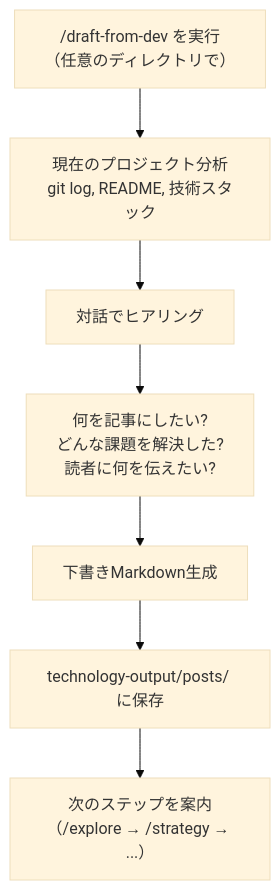
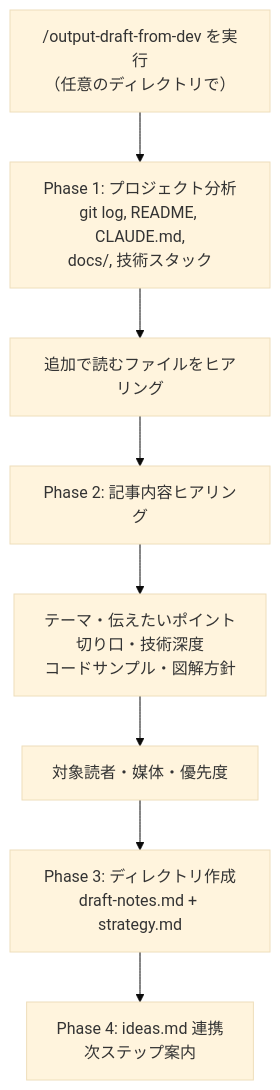
Before and after one commit to thirai-classlab/technology-output: the fifth of 7 diagrams in docs/design/07-phase2-evolution.md, drawn with Mermaid (base theme). The commit also changed other lines of this file and 30 other files, not shown here.

````diff
--- a/docs/design/07-phase2-evolution.md
+++ b/docs/design/07-phase2-evolution.md
@@ -303,10 +305,11 @@
 ```mermaid
 flowchart TD
-    A["/draft-from-dev を実行<br/>（任意のディレクトリで）"]
-    A --> B["現在のプロジェクト分析<br/>git log, README, 技術スタック"]
-    B --> C["対話でヒアリング"]
-    C --> D["何を記事にしたい?<br/>どんな課題を解決した?<br/>読者に何を伝えたい?"]
-    D --> E["下書きMarkdown生成"]
-    E --> F["technology-output/posts/ に保存"]
-    F --> G["次のステップを案内<br/>（/explore → /strategy → ...）"]
+    A["/output-draft-from-dev を実行<br/>（任意のディレクトリで）"]
+    A --> P1["Phase 1: プロジェクト分析<br/>git log, README, CLAUDE.md,<br/>docs/, 技術スタック"]
+    P1 --> P1a["追加で読むファイルをヒアリング"]
+    P1a --> P2["Phase 2: 記事内容ヒアリング"]
+    P2 --> P2a["テーマ・伝えたいポイント<br/>切り口・技術深度<br/>コードサンプル・図解方針"]
+    P2a --> P2b["対象読者・媒体・優先度"]
+    P2b --> P3["Phase 3: ディレクトリ作成<br/>draft-notes.md + strategy.md"]
+    P3 --> P4["Phase 4: ideas.md 連携<br/>次ステップ案内"]
 ```
````
